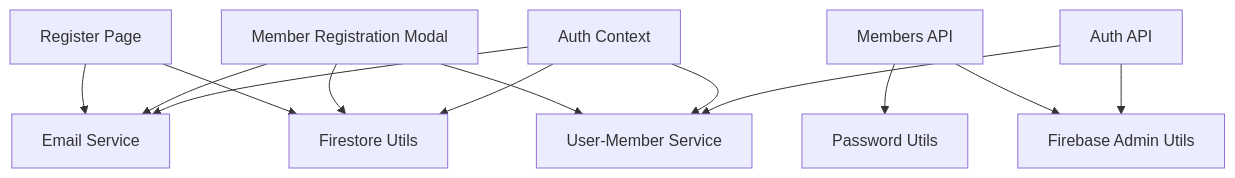
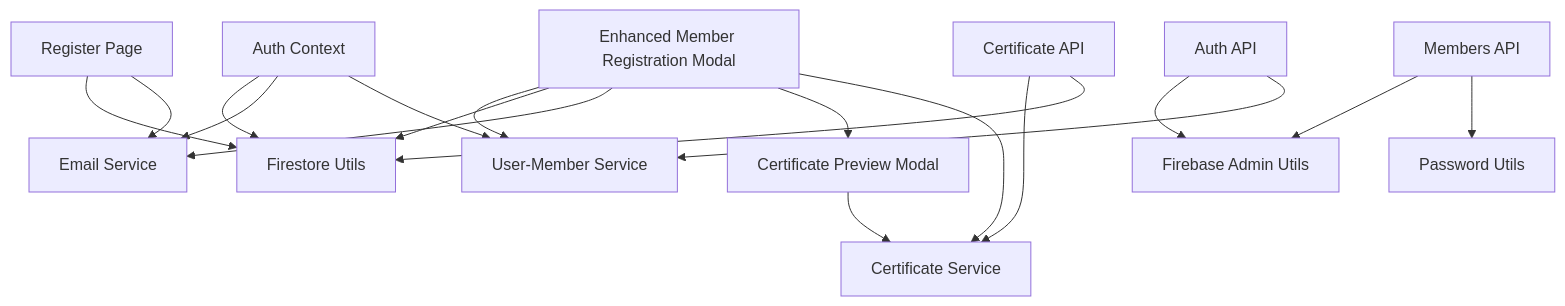
One commit to Unsure-bry/sampacoop_system changed the sixth of 6 diagrams in .qoder/repowiki/en/content/Member Management System/Member Registration Workflow.md. Above: the diagram before and after it, drawn with Mermaid. The commit also changed other lines of this file and 24 other files, not shown here.

````diff
--- a/.qoder/repowiki/en/content/Member Management System/Member Registration Workflow.md
+++ b/.qoder/repowiki/en/content/Member Management System/Member Registration Workflow.md
@@ -360,15 +425,20 @@
 ```mermaid
 graph TB
 RP["Register Page"] --> FIRESTORE["Firestore Utils"]
 RP --> EMAIL["Email Service"]
+MRM["Enhanced Member Registration Modal"] --> UMS["User-Member Service"]
+MRM --> FIRESTORE
+MRM --> EMAIL
+MRM --> CPM["Certificate Preview Modal"]
+MRM --> CERTSERVICE["Certificate Service"]
+CPM --> CERTSERVICE
 API_MEM["Members API"] --> FB_ADMIN["Firebase Admin Utils"]
 API_MEM --> PWUTILS["Password Utils"]
-MRM["Member Registration Modal"] --> UMS["User-Member Service"]
-MRM --> FIRESTORE
-MRM --> EMAIL
+API_CERT["Certificate API"] --> CERTSERVICE
+API_CERT --> FIRESTORE
 AUTHCTX["Auth Context"] --> FIRESTORE
 AUTHCTX --> EMAIL
 AUTHCTX --> UMS
 API_AUTH["Auth API"] --> FB_ADMIN
 API_AUTH --> UMS
 ```
````
